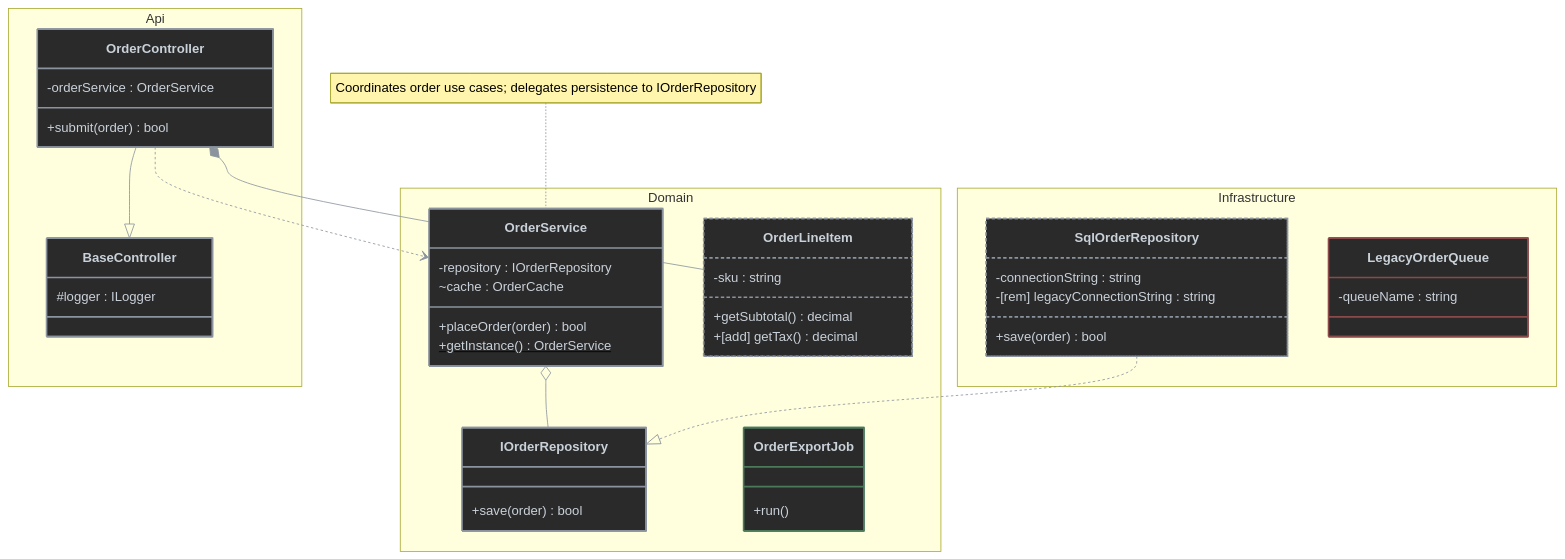
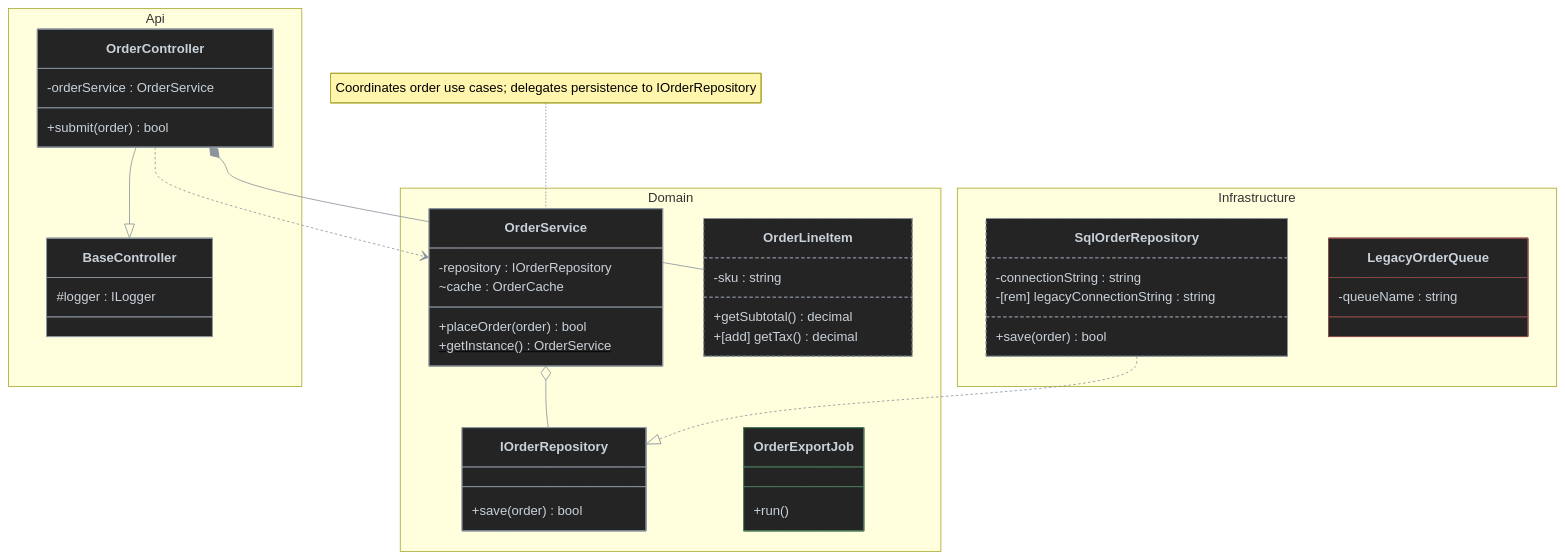
The first of 6 diagrams in README.md (antshc/mermaid), drawn with Mermaid before and after one commit. The commit also changed other lines of this file, not shown here.

````diff
--- a/README.md
+++ b/README.md
@@ -7,55 +7,55 @@
 ```mermaid
 %%{init: {'themeVariables': {'lineColor': '#8b949e'}}}%%
 classDiagram
     namespace Api {
         class BaseController {
             #logger : ILogger
         }
         class OrderController {
             -orderService : OrderService
             +submit(order) bool
         }
     }
     namespace Domain {
         class OrderService {
             -repository : IOrderRepository
             ~cache : OrderCache
             +placeOrder(order) bool
             +getInstance() OrderService$
         }
         class OrderLineItem:::memberChanged {
             -sku : string
             +getSubtotal() decimal
             +[add] getTax() decimal
         }
         class IOrderRepository {
             +save(order) bool
         }
         class OrderExportJob:::added {
             +run()
         }
     }
     namespace Infrastructure {
         class SqlOrderRepository:::memberChanged {
             -connectionString : string
             +save(order) bool
             -[rem] legacyConnectionString : string
         }
         class LegacyOrderQueue:::removed {
             -queueName : string
         }
     }
 
     OrderController --|> BaseController
     OrderController *-- OrderLineItem
     OrderService o-- IOrderRepository
     SqlOrderRepository ..|> IOrderRepository
     OrderController ..> OrderService
 
     note for OrderService "Coordinates order use cases; delegates persistence to IOrderRepository"
 
-    classDef default fill:#2a2a2a,stroke:#8b949e,color:#c9d1d9,stroke-width:2px
-    classDef added stroke:#4a7a5a,stroke-width:2px
-    classDef removed stroke:#8a4a4a,stroke-width:2px
-    classDef memberChanged stroke:#8b949e,stroke-width:2px,stroke-dasharray: 4 3
+    classDef default fill:#242424,stroke:#8b949e,color:#c9d1d9,stroke-width:1px
+    classDef added stroke:#4a7a5a,stroke-width:1px
+    classDef removed stroke:#8a4a4a,stroke-width:1px
+    classDef memberChanged stroke:#8b949e,stroke-width:1px,stroke-dasharray: 4 3
 ```
````
